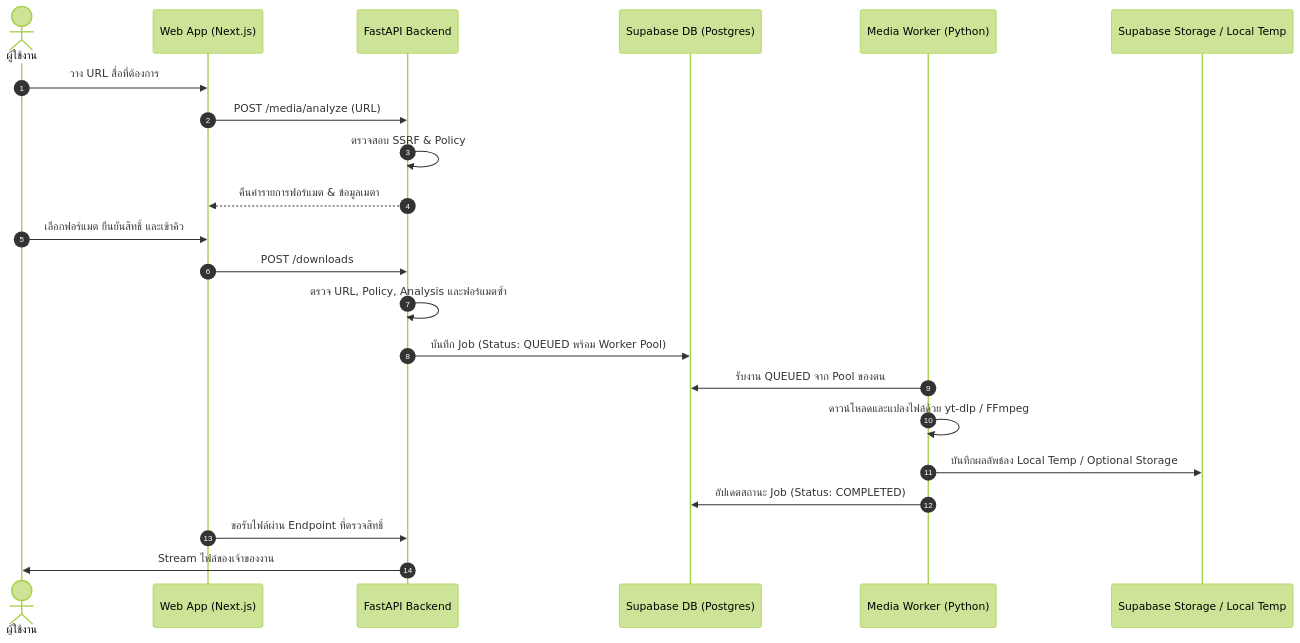
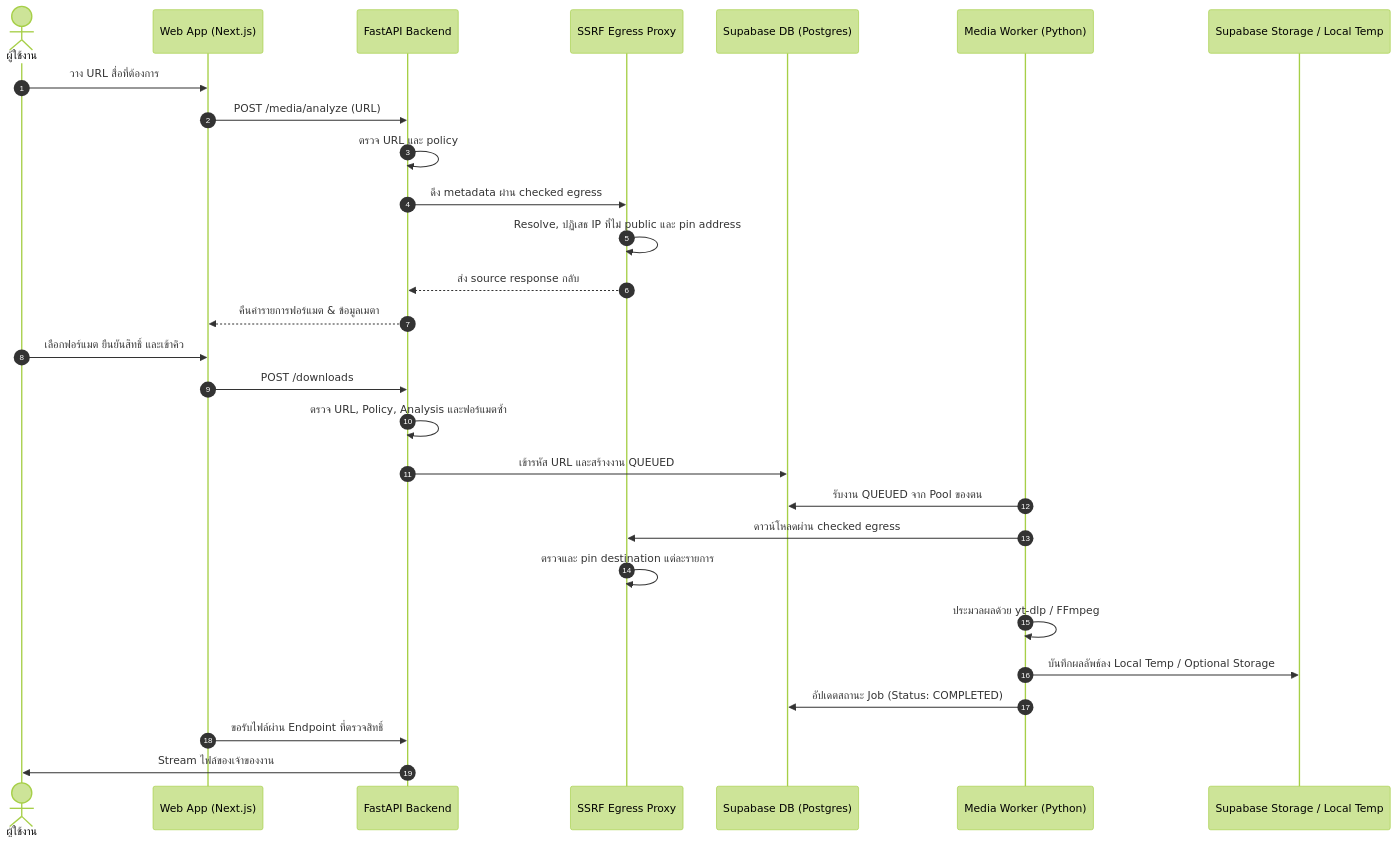
Before and after one commit to Wattanaroj2567/media-loader: the diagram in docs/th/DEVELOPER_GUIDE.md, drawn with Mermaid (forest theme). The commit also changed other lines of this file and 48 other files, not shown here.

First line of the commit message:
feat(security): encrypt stored URLs and route media egress through SSRF proxy

````diff
--- a/docs/th/DEVELOPER_GUIDE.md
+++ b/docs/th/DEVELOPER_GUIDE.md
@@ -30,25 +31,31 @@
 ```mermaid
 sequenceDiagram
     autonumber
     actor User as ผู้ใช้งาน
     participant Web as Web App (Next.js)
     participant API as FastAPI Backend
+    participant Proxy as SSRF Egress Proxy
     participant DB as Supabase DB (Postgres)
     participant Worker as Media Worker (Python)
     participant Storage as Supabase Storage / Local Temp
 
     User->>Web: วาง URL สื่อที่ต้องการ
     Web->>API: POST /media/analyze (URL)
-    API->>API: ตรวจสอบ SSRF & Policy
+    API->>API: ตรวจ URL และ policy
+    API->>Proxy: ดึง metadata ผ่าน checked egress
+    Proxy->>Proxy: Resolve, ปฏิเสธ IP ที่ไม่ public และ pin address
+    Proxy-->>API: ส่ง source response กลับ
     API-->>Web: คืนค่ารายการฟอร์แมต & ข้อมูลเมตา
     User->>Web: เลือกฟอร์แมต ยืนยันสิทธิ์ และเข้าคิว
     Web->>API: POST /downloads
     API->>API: ตรวจ URL, Policy, Analysis และฟอร์แมตซ้ำ
-    API->>DB: บันทึก Job (Status: QUEUED พร้อม Worker Pool)
+    API->>DB: เข้ารหัส URL และสร้างงาน QUEUED
     Worker->>DB: รับงาน QUEUED จาก Pool ของตน
-    Worker->>Worker: ดาวน์โหลดและแปลงไฟล์ด้วย yt-dlp / FFmpeg
+    Worker->>Proxy: ดาวน์โหลดผ่าน checked egress
+    Proxy->>Proxy: ตรวจและ pin destination แต่ละรายการ
+    Worker->>Worker: ประมวลผลด้วย yt-dlp / FFmpeg
     Worker->>Storage: บันทึกผลลัพธ์ลง Local Temp / Optional Storage
     Worker->>DB: อัปเดตสถานะ Job (Status: COMPLETED)
     Web->>API: ขอรับไฟล์ผ่าน Endpoint ที่ตรวจสิทธิ์
     API->>User: Stream ไฟล์ของเจ้าของงาน
 ```
````
